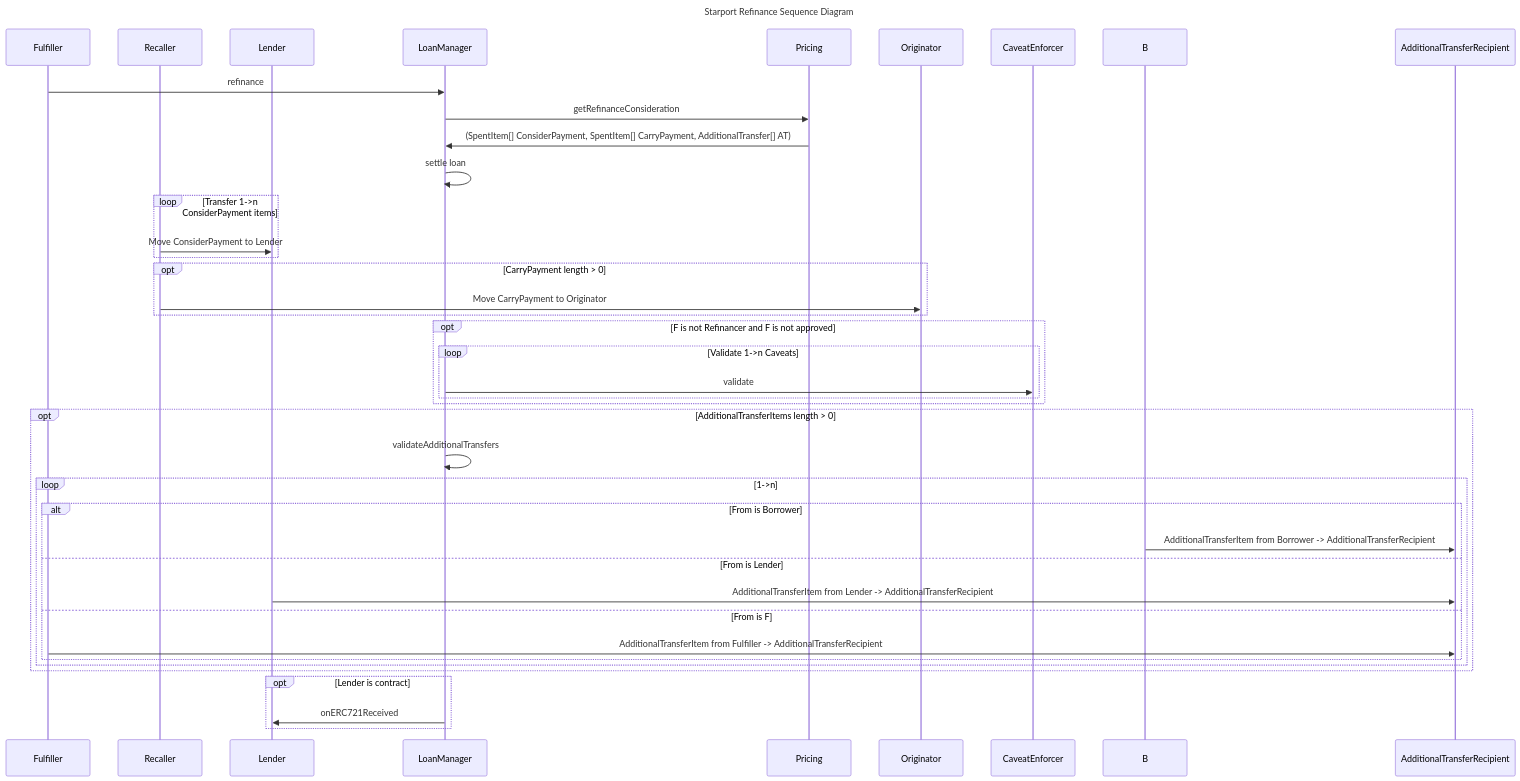
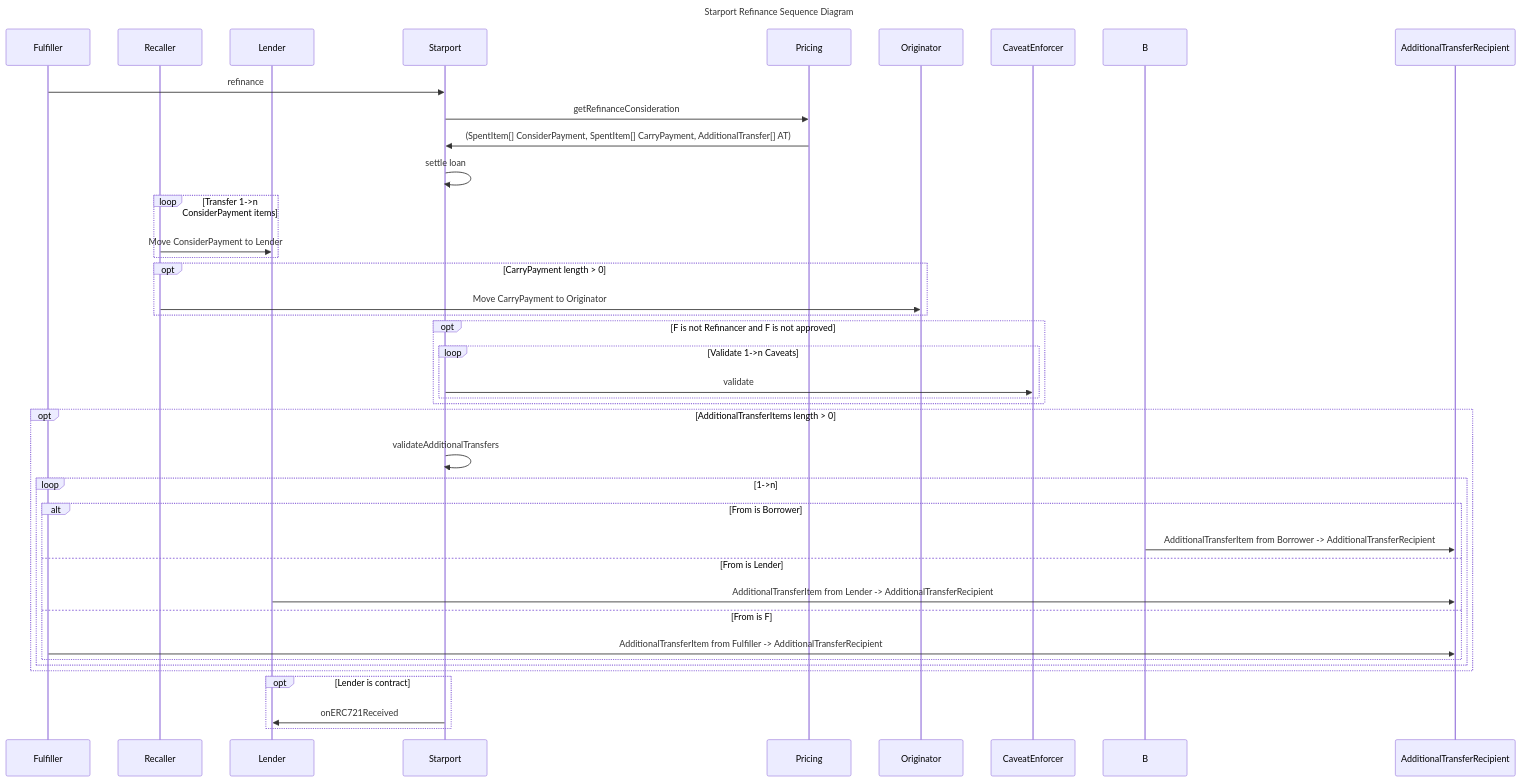
The diagram in docs/mermaid/refinance.mmd (AstariaXYZ/starport), drawn with Mermaid before and after one commit. The commit also changed 41 other files, not shown here.

First line of the commit message:
Remove ERC721 from Starport, caveat naming/deadline refactor, lots of cleanup (#63)

```diff
--- a/docs/mermaid/refinance.mmd
+++ b/docs/mermaid/refinance.mmd
@@ -1,42 +1,42 @@
 sequenceDiagram
     title Starport Refinance Sequence Diagram
     participant F as Fulfiller
     participant R as Refinancer
     participant L as Lender
     participant R as Recaller
 
 
-    F->>LoanManager: refinance
-    LoanManager->>Pricing: getRefinanceConsideration
-    Pricing->>LoanManager: (SpentItem[] ConsiderPayment, SpentItem[] CarryPayment, AdditionalTransfer[] AT)
+    F->>Starport: refinance
+    Starport->>Pricing: getRefinanceConsideration
+    Pricing->>Starport: (SpentItem[] ConsiderPayment, SpentItem[] CarryPayment, AdditionalTransfer[] AT)
 
-    LoanManager->>LoanManager: settle loan
+    Starport->>Starport: settle loan
 
     loop Transfer 1->n ConsiderPayment items
         R->>L: Move ConsiderPayment to Lender
     end
     opt CarryPayment length > 0
         R->>Originator: Move CarryPayment to Originator
     end
 
     opt F is not Refinancer and F is not approved
         loop Validate 1->n Caveats
-            LoanManager->>CaveatEnforcer: validate
+            Starport->>CaveatEnforcer: validate
         end
     end
     opt AdditionalTransferItems length > 0
-        LoanManager->>LoanManager: validateAdditionalTransfers
+        Starport->>Starport: validateAdditionalTransfers
         loop 1->n
             alt From is Borrower
                 B->>AdditionalTransferRecipient: AdditionalTransferItem from Borrower -> AdditionalTransferRecipient
             else From is Lender
                 L->>AdditionalTransferRecipient: AdditionalTransferItem from Lender -> AdditionalTransferRecipient
             else From is F
                 F->>AdditionalTransferRecipient: AdditionalTransferItem from Fulfiller -> AdditionalTransferRecipient
             end
         end
     end
 
     opt Lender is contract
-        LoanManager->>L: onERC721Received
+        Starport->>L: onERC721Received
     end
```
